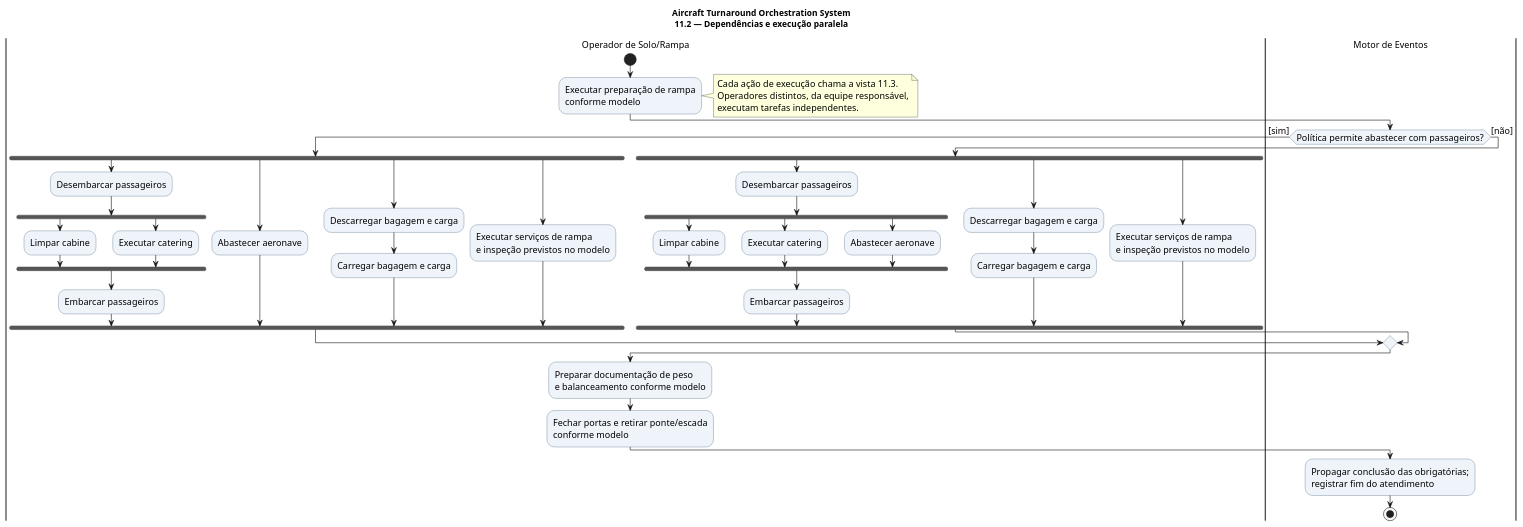
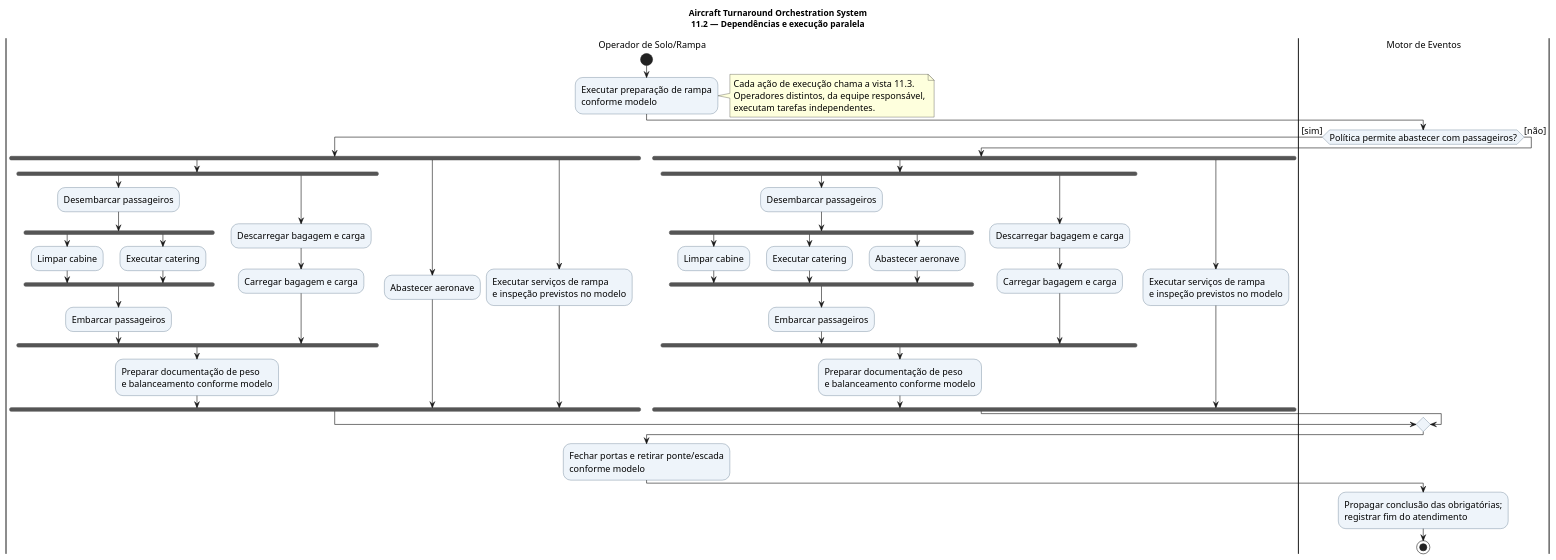
Before and after one commit to Aircraft-Turnaround-Operations-Manager/aircraft-turnaround-docs: the diagram in especificacao/diagramas/11-atividades-paralelas.puml, drawn with PlantUML. The commit also changed 49 other files, not shown here.

```diff
--- a/especificacao/diagramas/11-atividades-paralelas.puml
+++ b/especificacao/diagramas/11-atividades-paralelas.puml
@@ -1,61 +1,66 @@
 @startuml
 !pragma useVerticalIf on
 title Aircraft Turnaround Orchestration System\n11.2 — Dependências e execução paralela
 skinparam backgroundColor white
 skinparam defaultFontName SansSerif
 skinparam defaultFontSize 15
 skinparam shadowing false
 skinparam activityBackgroundColor #EEF4FA
 skinparam activityBorderColor #34536E
 |Operador de Solo/Rampa|
 start
 :Executar preparação de rampa\nconforme modelo;
 note right
   Cada ação de execução chama a vista 11.3.
   Operadores distintos, da equipe responsável,
   executam tarefas independentes.
 end note
 |Motor de Eventos|
 if (Política permite abastecer com passageiros?) then ([sim])
   |Operador de Solo/Rampa|
   fork
-    :Desembarcar passageiros;
     fork
-      :Limpar cabine;
+      :Desembarcar passageiros;
+      fork
+        :Limpar cabine;
+      fork again
+        :Executar catering;
+      end fork
+      :Embarcar passageiros;
     fork again
-      :Executar catering;
+      :Descarregar bagagem e carga;
+      :Carregar bagagem e carga;
     end fork
-    :Embarcar passageiros;
+    :Preparar documentação de peso\ne balanceamento conforme modelo;
   fork again
     :Abastecer aeronave;
-  fork again
-    :Descarregar bagagem e carga;
-    :Carregar bagagem e carga;
   fork again
     :Executar serviços de rampa\ne inspeção previstos no modelo;
   end fork
 else ([não])
   |Operador de Solo/Rampa|
   fork
-    :Desembarcar passageiros;
     fork
-      :Limpar cabine;
+      :Desembarcar passageiros;
+      fork
+        :Limpar cabine;
+      fork again
+        :Executar catering;
+      fork again
+        :Abastecer aeronave;
+      end fork
+      :Embarcar passageiros;
     fork again
-      :Executar catering;
-    fork again
-      :Abastecer aeronave;
+      :Descarregar bagagem e carga;
+      :Carregar bagagem e carga;
     end fork
-    :Embarcar passageiros;
-  fork again
-    :Descarregar bagagem e carga;
-    :Carregar bagagem e carga;
+    :Preparar documentação de peso\ne balanceamento conforme modelo;
   fork again
     :Executar serviços de rampa\ne inspeção previstos no modelo;
   end fork
 endif
-:Preparar documentação de peso\ne balanceamento conforme modelo;
 :Fechar portas e retirar ponte/escada\nconforme modelo;
 |Motor de Eventos|
 :Propagar conclusão das obrigatórias;\nregistrar fim do atendimento;
 stop
 @enduml
```
